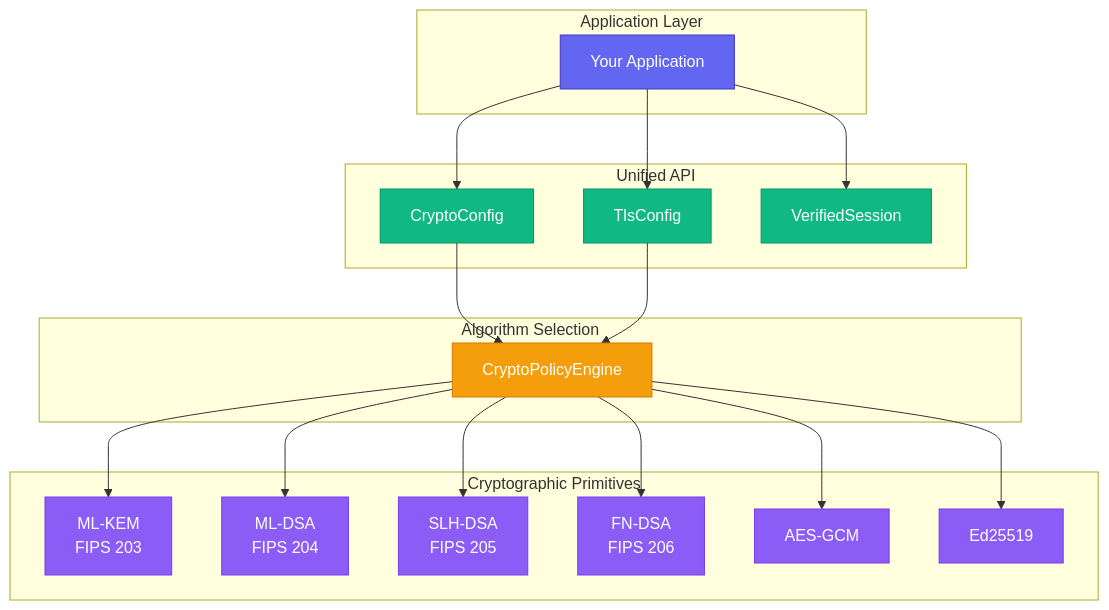
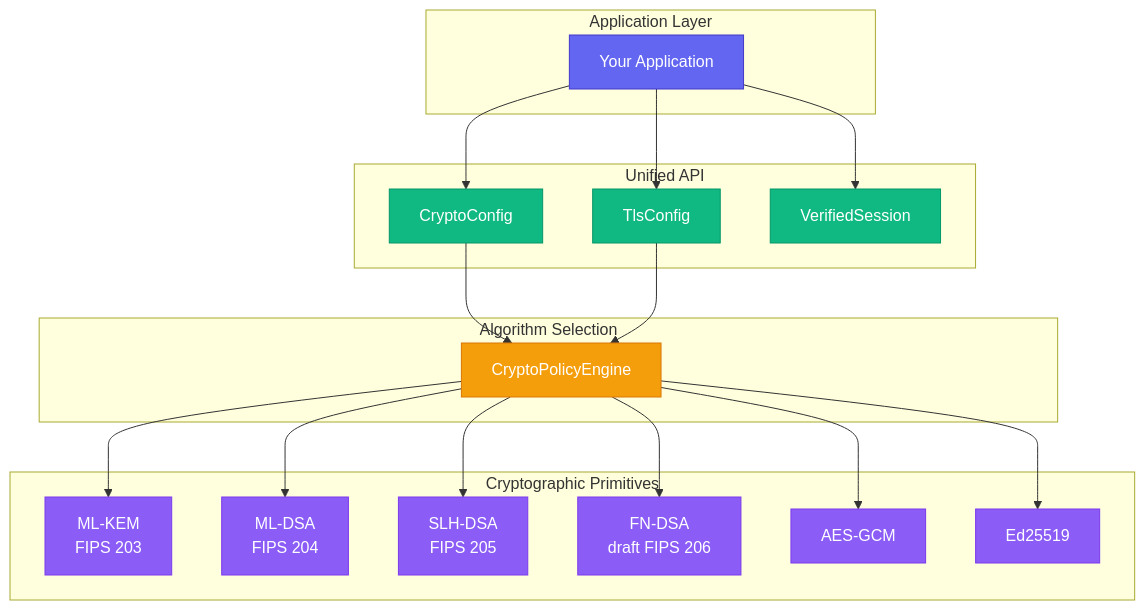
Before and after one commit to LatticeArc/latticearc: the second of 7 diagrams in docs/UNIFIED_API_GUIDE.md, drawn with Mermaid. The commit also changed other lines of this file and 73 other files, not shown here.

````diff
--- a/docs/UNIFIED_API_GUIDE.md
+++ b/docs/UNIFIED_API_GUIDE.md
@@ -71,47 +71,47 @@
 ```mermaid
 graph TB
     subgraph "Application Layer"
         APP[Your Application]
     end
 
     subgraph "Unified API"
         CC[CryptoConfig]
         TC[TlsConfig]
         VS[VerifiedSession]
     end
 
     subgraph "Algorithm Selection"
         SEL[CryptoPolicyEngine]
     end
 
     subgraph "Cryptographic Primitives"
         KEM[ML-KEM<br/>FIPS 203]
         DSA[ML-DSA<br/>FIPS 204]
         SLH[SLH-DSA<br/>FIPS 205]
-        FN[FN-DSA<br/>FIPS 206]
+        FN[FN-DSA<br/>draft FIPS 206]
         AES[AES-GCM]
         ED[Ed25519]
     end
 
     APP --> CC
     APP --> TC
     APP --> VS
     CC --> SEL
     TC --> SEL
     SEL --> KEM
     SEL --> DSA
     SEL --> SLH
     SEL --> FN
     SEL --> AES
     SEL --> ED
 
     classDef app fill:#6366f1,stroke:#4338ca,color:#fff
     classDef api fill:#10b981,stroke:#059669,color:#fff
     classDef engine fill:#f59e0b,stroke:#d97706,color:#fff
     classDef prim fill:#8b5cf6,stroke:#7c3aed,color:#fff
 
     class APP app
     class CC,TC,VS api
     class SEL engine
     class KEM,DSA,SLH,FN,AES,ED prim
 ```
````
